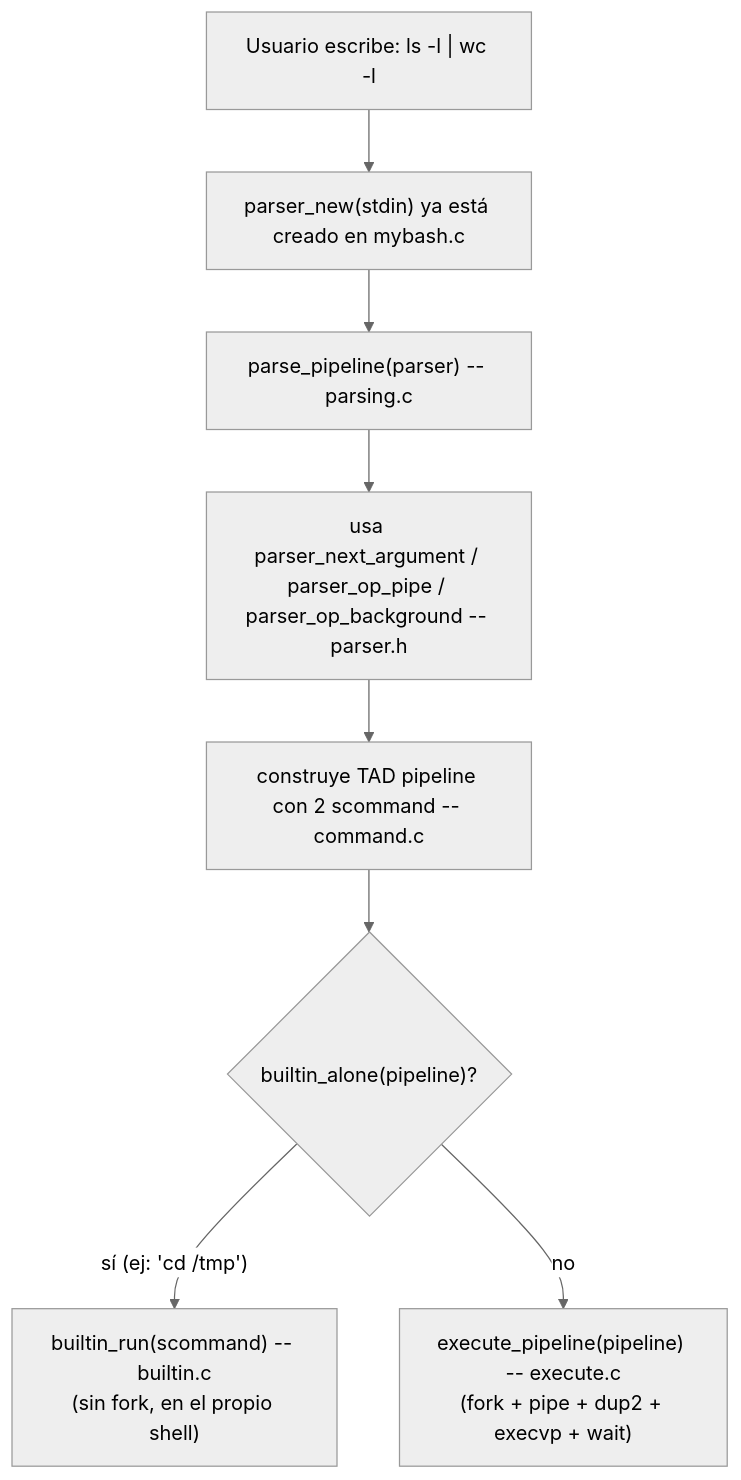
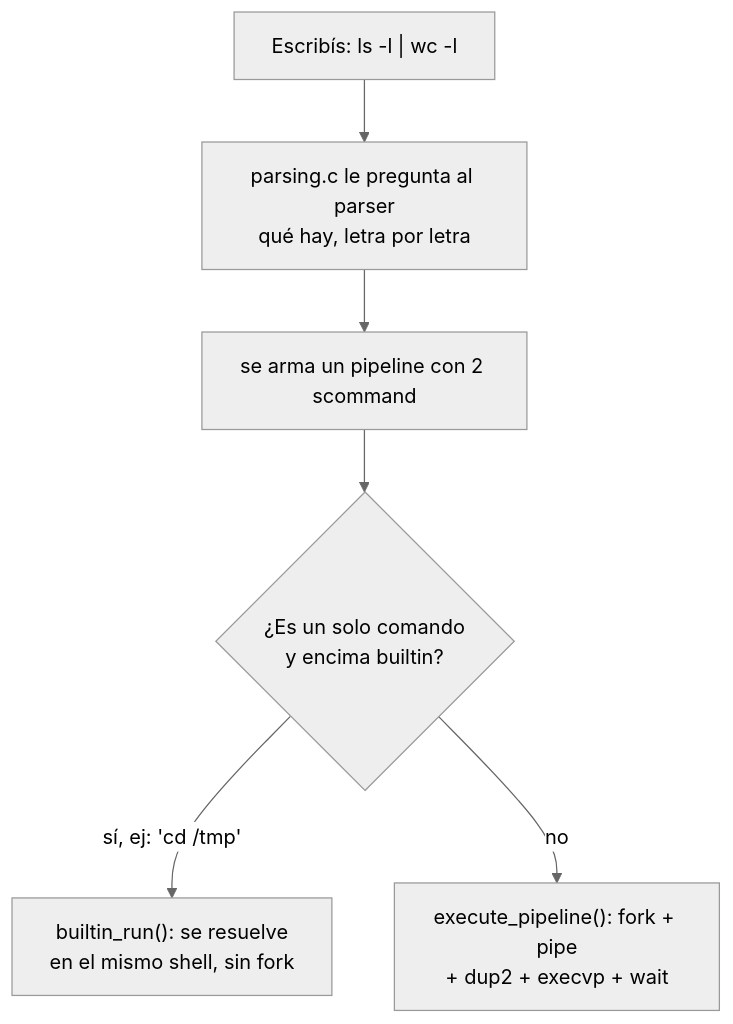
Before and after one commit to AikePetunia/Famaf: the diagram in 08 Sistemas Operativos/teorico/Lab 1 guia.md, drawn with Mermaid (neutral theme). The commit also changed other lines of this file and 6 other files, not shown here.

````diff
--- a/08 Sistemas Operativos/teorico/Lab 1 guia.md
+++ b/08 Sistemas Operativos/teorico/Lab 1 guia.md
@@ -476,10 +441,8 @@
 ```mermaid
 flowchart TD
-    A["Usuario escribe: ls -l | wc -l"] --> B["parser_new(stdin) ya está creado en mybash.c"]
-    B --> C["parse_pipeline(parser) -- parsing.c"]
-    C --> D["usa parser_next_argument / parser_op_pipe / parser_op_background -- parser.h"]
-    D --> E["construye TAD pipeline con 2 scommand -- command.c"]
-    E --> F{"builtin_alone(pipeline)?"}
-    F -- "sí (ej: 'cd /tmp')" --> G["builtin_run(scommand) -- builtin.c\n(sin fork, en el propio shell)"]
-    F -- "no" --> H["execute_pipeline(pipeline) -- execute.c\n(fork + pipe + dup2 + execvp + wait)"]
+    A["Escribís: ls -l | wc -l"] --> B["parsing.c le pregunta al parser\nqué hay, letra por letra"]
+    B --> C["se arma un pipeline con 2 scommand"]
+    C --> D{"¿Es un solo comando\ny encima builtin?"}
+    D -- "sí, ej: 'cd /tmp'" --> E["builtin_run(): se resuelve\nen el mismo shell, sin fork"]
+    D -- "no" --> F["execute_pipeline(): fork + pipe\n+ dup2 + execvp + wait"]
 ```
````
